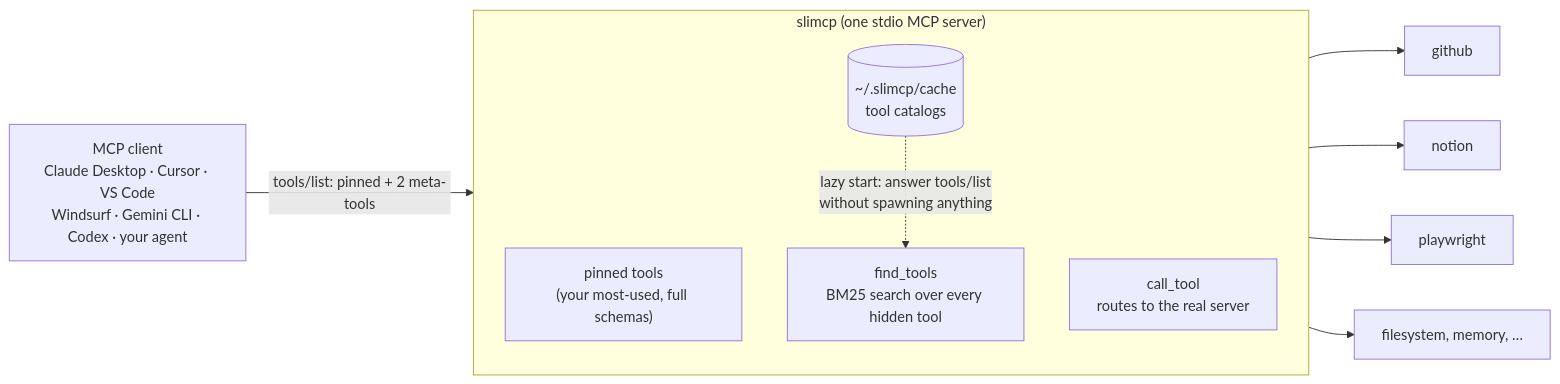
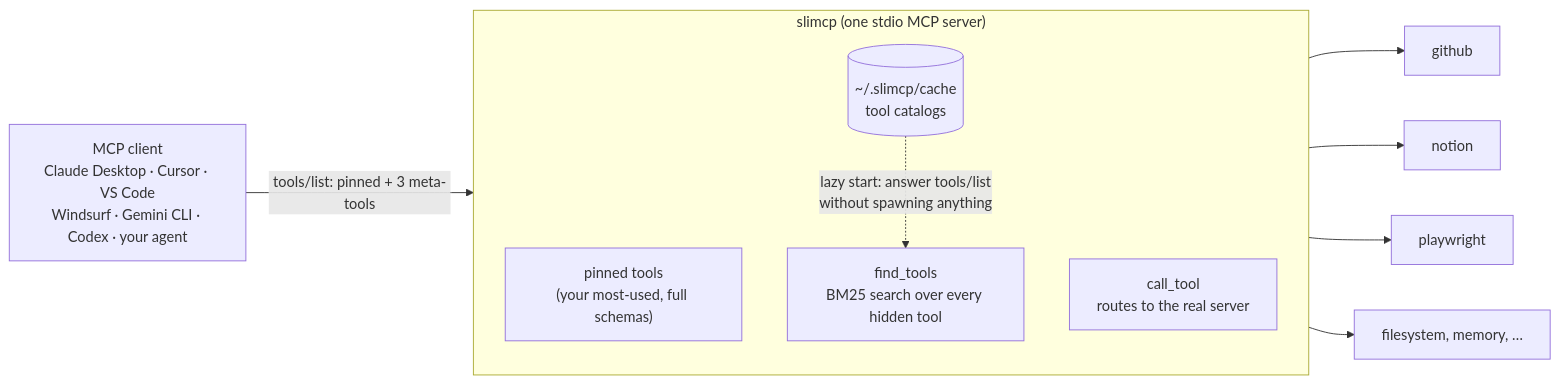
The diagram in README.md (alperensarikavak/slimcp), drawn with Mermaid before and after one commit. The commit also changed other lines of this file and 19 other files, not shown here.

First line of the commit message:
slimcp 0.1.1: always-on meta-tools, slimcp_status, Docker image

````diff
--- a/README.md
+++ b/README.md
@@ -86,17 +86,17 @@
 ```mermaid
 flowchart LR
     C["MCP client<br/>Claude Desktop · Cursor · VS Code<br/>Windsurf · Gemini CLI · Codex · your agent"]
     subgraph S["slimcp (one stdio MCP server)"]
         direction TB
         P["pinned tools<br/>(your most-used, full schemas)"]
         F["find_tools<br/>BM25 search over every hidden tool"]
         T["call_tool<br/>routes to the real server"]
         K[("~/.slimcp/cache<br/>tool catalogs")]
     end
-    C -- "tools/list: pinned + 2 meta-tools" --> S
+    C -- "tools/list: pinned + 3 meta-tools" --> S
     S --> G["github"]
     S --> N["notion"]
     S --> W["playwright"]
     S --> M["filesystem, memory, …"]
     K -. "lazy start: answer tools/list<br/>without spawning anything" .-> F
 ```
````
